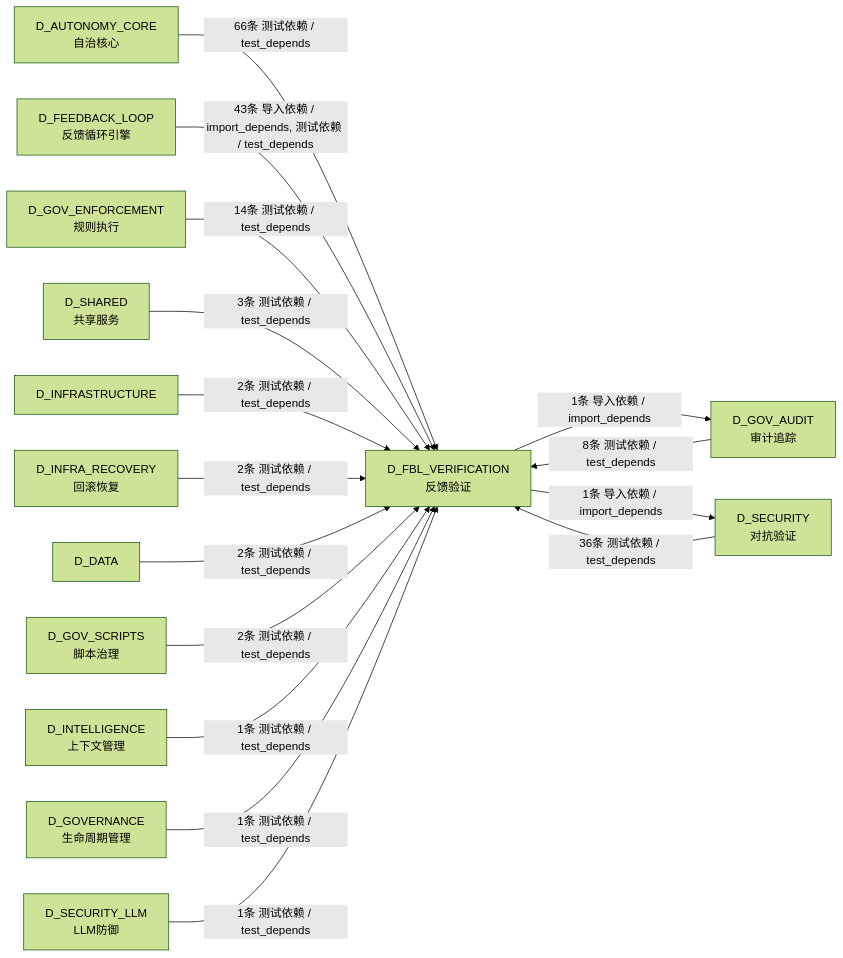
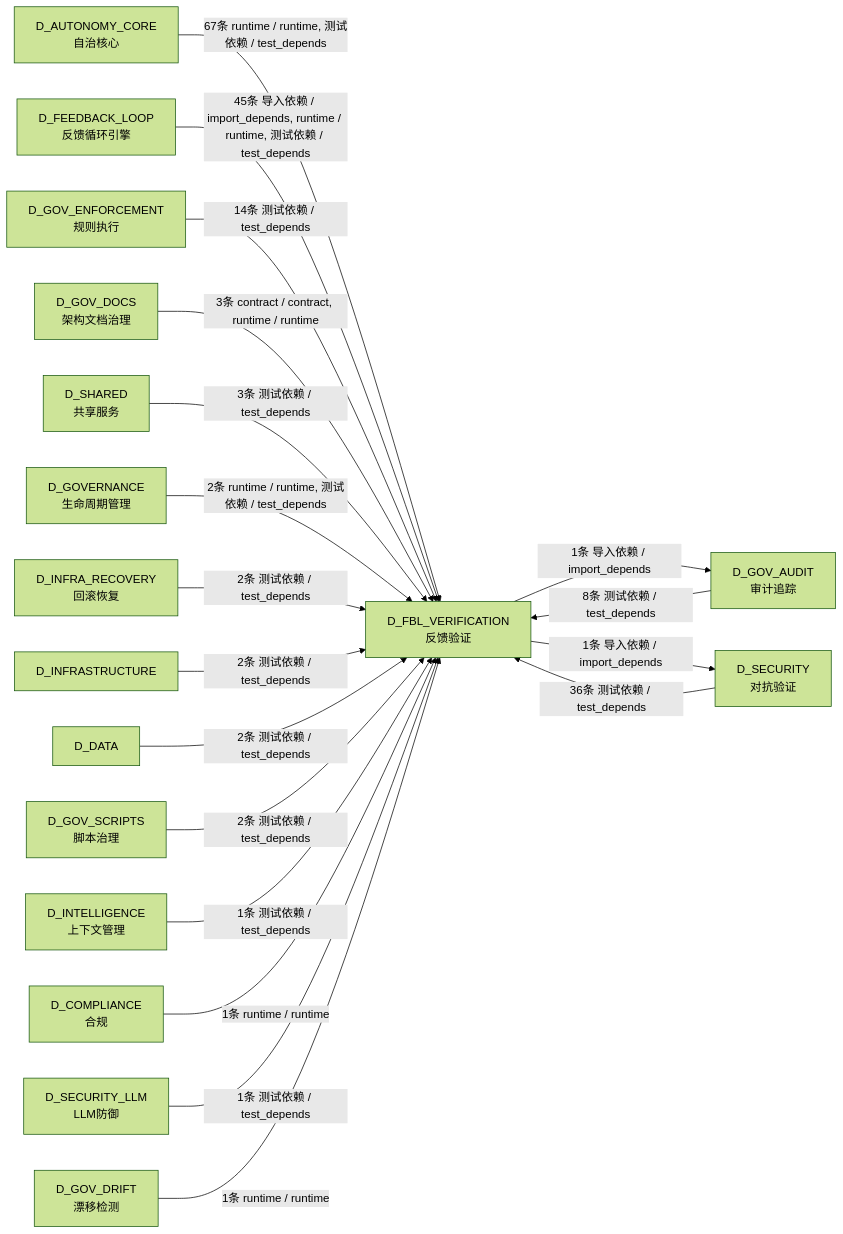
Before and after one commit to xuanFelixVan/ZephyrAlpha: the sixth of 6 diagrams in docs/02_enterprise_architecture/02_domain_architecture_docs/13_d_fbl_verification.md, drawn with Mermaid (forest theme). The commit also changed other lines of this file and 127 other files, not shown here.

First line of the commit message:
chore(docs): S2-2 refresh architecture docs after depgraph rebuild

````diff
--- a/docs/02_enterprise_architecture/02_domain_architecture_docs/13_d_fbl_verification.md
+++ b/docs/02_enterprise_architecture/02_domain_architecture_docs/13_d_fbl_verification.md
@@ -659,32 +684,38 @@
 ```mermaid
 graph LR
     D_FBL_VERIFICATION["D_FBL_VERIFICATION<br/>反馈验证"]
     D_GOV_AUDIT["D_GOV_AUDIT<br/>审计追踪"]
     D_SECURITY["D_SECURITY<br/>对抗验证"]
     D_AUTONOMY_CORE["D_AUTONOMY_CORE<br/>自治核心"]
     D_FEEDBACK_LOOP["D_FEEDBACK_LOOP<br/>反馈循环引擎"]
     D_GOV_ENFORCEMENT["D_GOV_ENFORCEMENT<br/>规则执行"]
+    D_GOV_DOCS["D_GOV_DOCS<br/>架构文档治理"]
     D_SHARED["D_SHARED<br/>共享服务"]
+    D_GOVERNANCE["D_GOVERNANCE<br/>生命周期管理"]
+    D_INFRA_RECOVERY["D_INFRA_RECOVERY<br/>回滚恢复"]
     D_INFRASTRUCTURE["D_INFRASTRUCTURE"]
-    D_INFRA_RECOVERY["D_INFRA_RECOVERY<br/>回滚恢复"]
     D_DATA["D_DATA"]
     D_GOV_SCRIPTS["D_GOV_SCRIPTS<br/>脚本治理"]
     D_INTELLIGENCE["D_INTELLIGENCE<br/>上下文管理"]
-    D_GOVERNANCE["D_GOVERNANCE<br/>生命周期管理"]
+    D_COMPLIANCE["D_COMPLIANCE<br/>合规"]
     D_SECURITY_LLM["D_SECURITY_LLM<br/>LLM防御"]
+    D_GOV_DRIFT["D_GOV_DRIFT<br/>漂移检测"]
     D_FBL_VERIFICATION -->|1条 导入依赖 / import_depends| D_GOV_AUDIT
     D_FBL_VERIFICATION -->|1条 导入依赖 / import_depends| D_SECURITY
-    D_AUTONOMY_CORE -->|66条 测试依赖 / test_depends| D_FBL_VERIFICATION
-    D_FEEDBACK_LOOP -->|43条 导入依赖 / import_depends, 测试依赖 / test_depends| D_FBL_VERIFICATION
+    D_AUTONOMY_CORE -->|67条 runtime / runtime, 测试依赖 / test_depends| D_FBL_VERIFICATION
+    D_FEEDBACK_LOOP -->|45条 导入依赖 / import_depends, runtime / runtime, 测试依赖 / test_depends| D_FBL_VERIFICATION
     D_SECURITY -->|36条 测试依赖 / test_depends| D_FBL_VERIFICATION
     D_GOV_ENFORCEMENT -->|14条 测试依赖 / test_depends| D_FBL_VERIFICATION
     D_GOV_AUDIT -->|8条 测试依赖 / test_depends| D_FBL_VERIFICATION
+    D_GOV_DOCS -->|3条 contract / contract, runtime / runtime| D_FBL_VERIFICATION
     D_SHARED -->|3条 测试依赖 / test_depends| D_FBL_VERIFICATION
+    D_GOVERNANCE -->|2条 runtime / runtime, 测试依赖 / test_depends| D_FBL_VERIFICATION
+    D_INFRA_RECOVERY -->|2条 测试依赖 / test_depends| D_FBL_VERIFICATION
     D_INFRASTRUCTURE -->|2条 测试依赖 / test_depends| D_FBL_VERIFICATION
-    D_INFRA_RECOVERY -->|2条 测试依赖 / test_depends| D_FBL_VERIFICATION
     D_DATA -->|2条 测试依赖 / test_depends| D_FBL_VERIFICATION
     D_GOV_SCRIPTS -->|2条 测试依赖 / test_depends| D_FBL_VERIFICATION
     D_INTELLIGENCE -->|1条 测试依赖 / test_depends| D_FBL_VERIFICATION
-    D_GOVERNANCE -->|1条 测试依赖 / test_depends| D_FBL_VERIFICATION
+    D_COMPLIANCE -->|1条 runtime / runtime| D_FBL_VERIFICATION
     D_SECURITY_LLM -->|1条 测试依赖 / test_depends| D_FBL_VERIFICATION
+    D_GOV_DRIFT -->|1条 runtime / runtime| D_FBL_VERIFICATION
 ```
````
